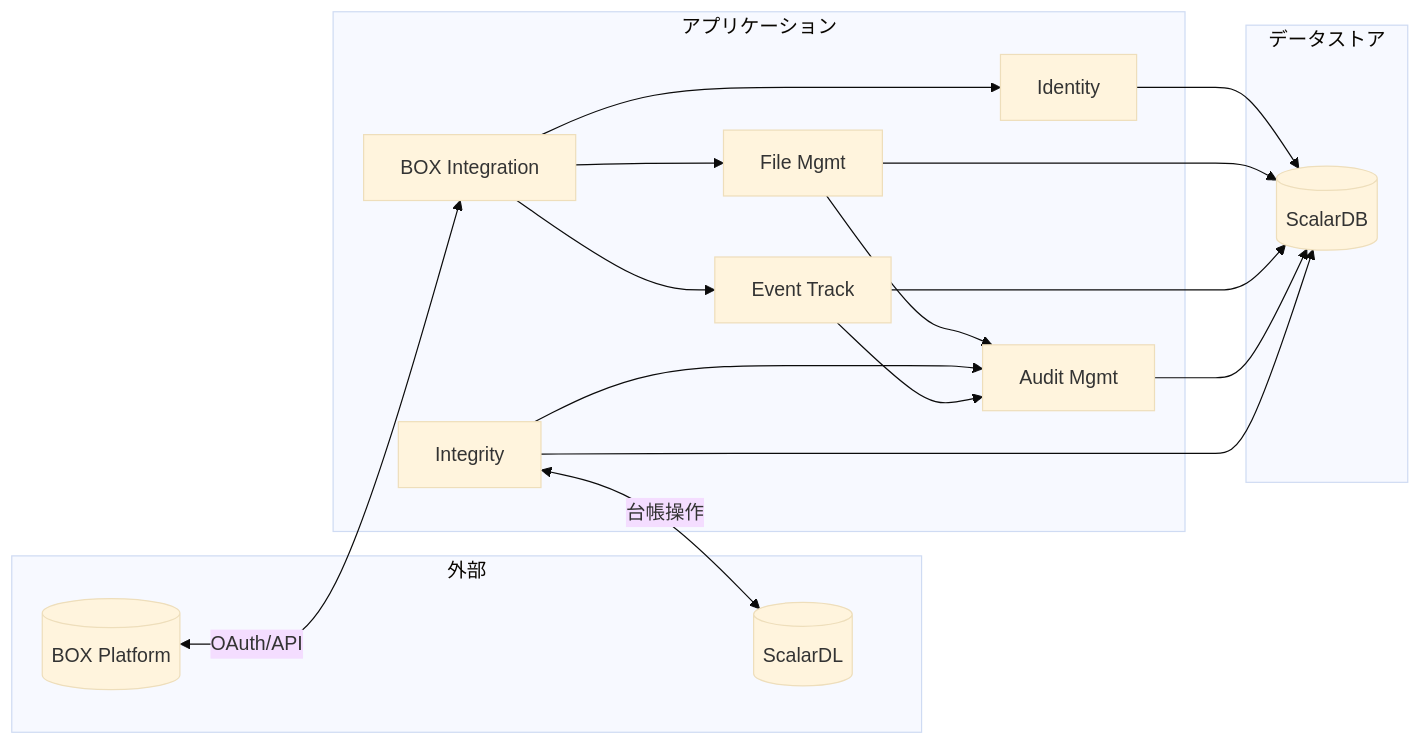
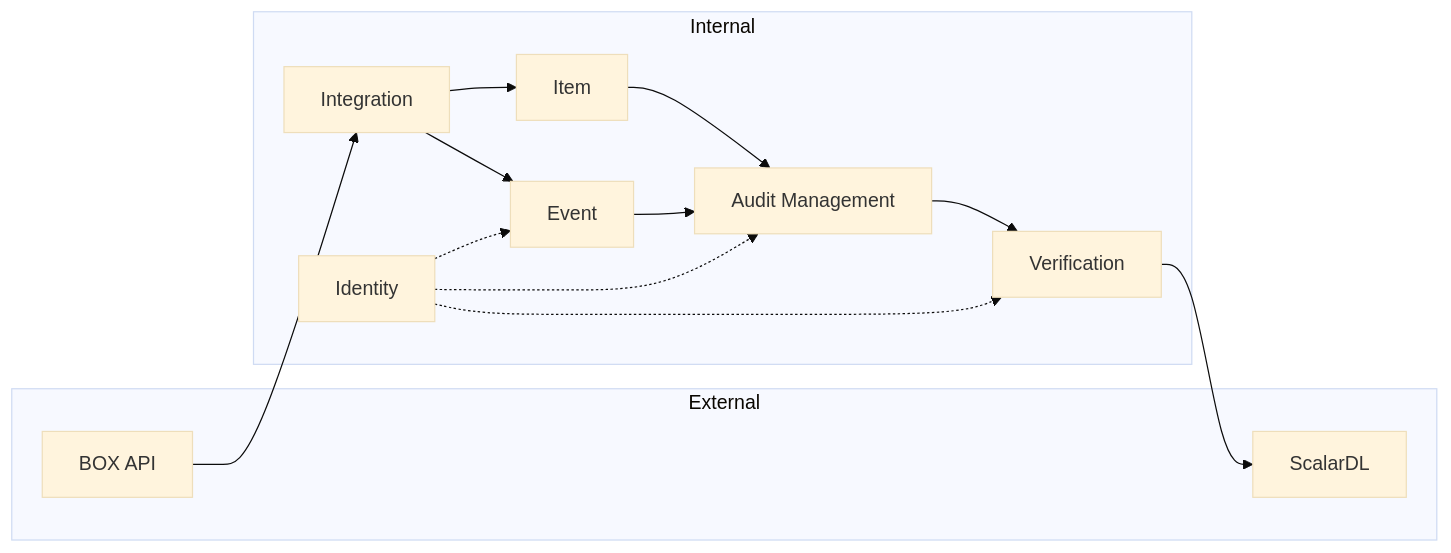
Before and after one commit to wfukatsu/refactoring-agent-for-claude-code: the second of 2 diagrams in reports/03_design/domain-analysis.md, drawn with Mermaid (base theme). The commit also changed other lines of this file and 26 other files, not shown here.

````diff
--- a/reports/03_design/domain-analysis.md
+++ b/reports/03_design/domain-analysis.md
@@ -452,37 +232,27 @@
 ```mermaid
 flowchart LR
-    subgraph "外部"
-        BOX[(BOX Platform)]
-        SDL[(ScalarDL)]
+    subgraph External
+        BOX[BOX API]
+        SDL[ScalarDL]
     end
-
-    subgraph "アプリケーション"
-        BI[BOX Integration]
-        IA[Identity]
-        FM[File Mgmt]
-        ET[Event Track]
-        AM[Audit Mgmt]
-        IV[Integrity]
+    
+    subgraph Internal
+        INT[Integration]
+        EVT[Event]
+        ITEM[Item]
+        AUD[Audit Management]
+        VER[Verification]
+        ID[Identity]
     end
-
-    subgraph "データストア"
-        DB[(ScalarDB)]
-    end
-
-    BOX <-->|OAuth/API| BI
-    BI --> FM
-    BI --> ET
-    BI --> IA
-
-    IA --> DB
-    FM --> DB
-    ET --> DB
-    AM --> DB
-    IV --> DB
-
-    IV <-->|台帳操作| SDL
-
-    FM --> AM
-    IV --> AM
-    ET --> AM
+    
+    BOX --> INT
+    INT --> EVT
+    INT --> ITEM
+    ITEM --> AUD
+    EVT --> AUD
+    AUD --> VER
+    VER --> SDL
+    ID -.-> AUD
+    ID -.-> VER
+    ID -.-> EVT
 ```
````
